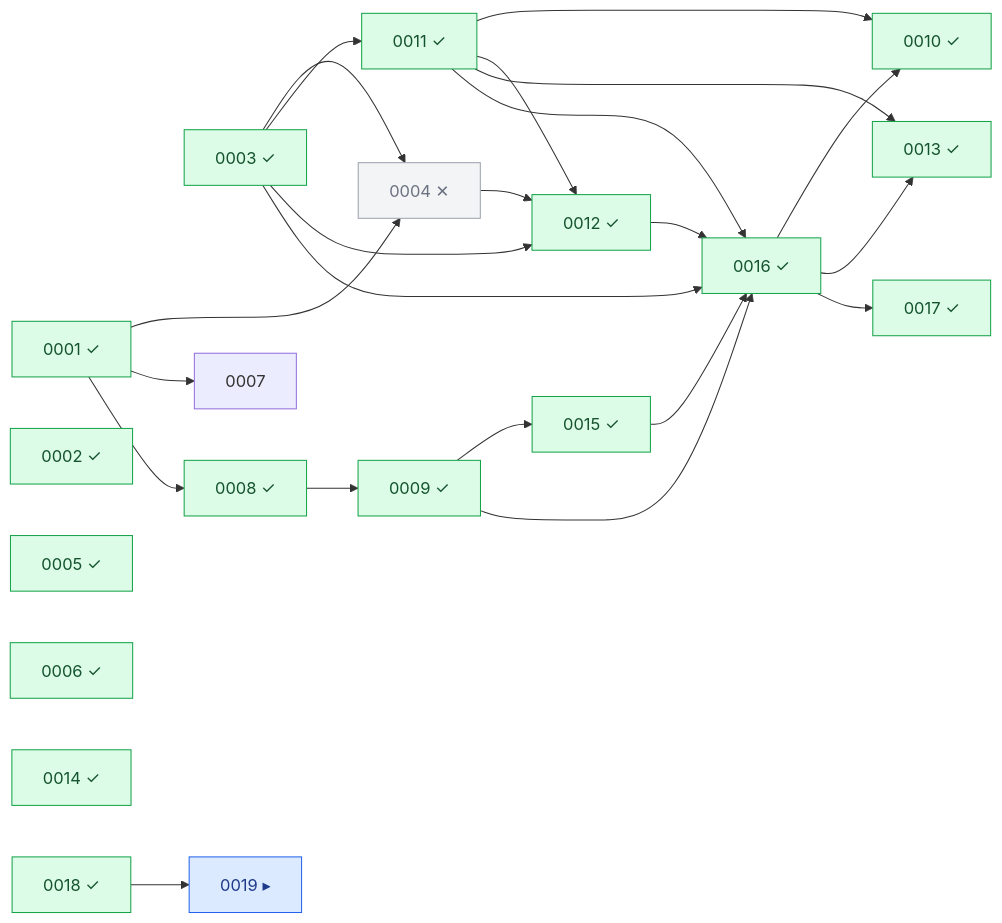
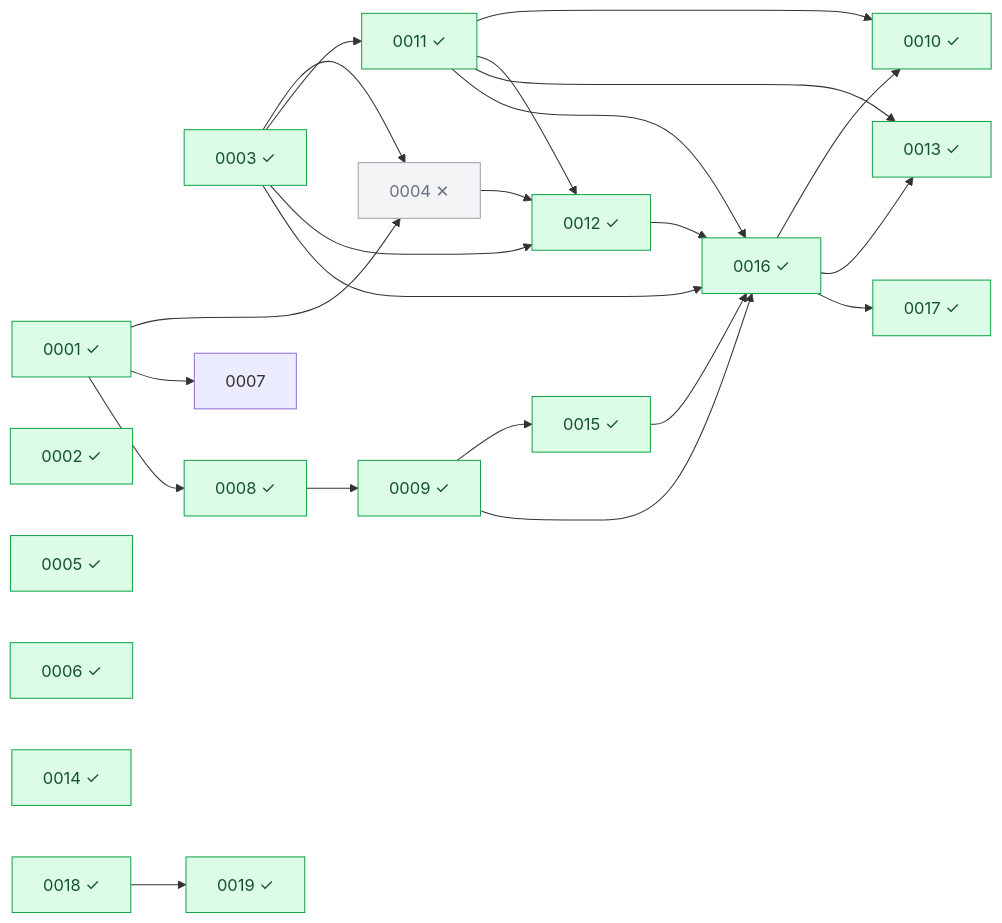
The diagram in docs/rfcs/README.md (Heva-Co/piro), drawn with Mermaid before and after one commit. The commit also changed other lines of this file and 1 other file, not shown here.

Commit message:
docs(rfc): mark RFC(s) implemented from #237

````diff
--- a/docs/rfcs/README.md
+++ b/docs/rfcs/README.md
@@ -43,49 +43,47 @@
 ```mermaid
 graph LR
   n0001["0001 ✓"]
   n0002["0002 ✓"]
   n0003["0003 ✓"]
   n0004["0004 ✕"]
   n0005["0005 ✓"]
   n0006["0006 ✓"]
   n0007["0007"]
   n0008["0008 ✓"]
   n0009["0009 ✓"]
   n0010["0010 ✓"]
   n0011["0011 ✓"]
   n0012["0012 ✓"]
   n0013["0013 ✓"]
   n0014["0014 ✓"]
   n0015["0015 ✓"]
   n0016["0016 ✓"]
   n0017["0017 ✓"]
   n0018["0018 ✓"]
-  n0019["0019 ▸"]
+  n0019["0019 ✓"]
   n0001 --> n0004
   n0003 --> n0004
   n0001 --> n0007
   n0001 --> n0008
   n0008 --> n0009
   n0011 --> n0010
   n0016 --> n0010
   n0003 --> n0011
   n0003 --> n0012
   n0004 --> n0012
   n0011 --> n0012
   n0011 --> n0013
   n0016 --> n0013
   n0009 --> n0015
   n0003 --> n0016
   n0009 --> n0016
   n0011 --> n0016
   n0012 --> n0016
   n0015 --> n0016
   n0016 --> n0017
   n0018 --> n0019
   classDef done fill:#dcfce7,stroke:#16a34a,color:#14532d;
-  class n0001,n0002,n0003,n0005,n0006,n0008,n0009,n0010,n0011,n0012,n0013,n0014,n0015,n0016,n0017,n0018 done;
-  classDef accepted fill:#dbeafe,stroke:#2563eb,color:#1e3a8a;
-  class n0019 accepted;
+  class n0001,n0002,n0003,n0005,n0006,n0008,n0009,n0010,n0011,n0012,n0013,n0014,n0015,n0016,n0017,n0018,n0019 done;
   classDef dead fill:#f3f4f6,stroke:#9ca3af,color:#6b7280;
   class n0004 dead;
 ```
````
